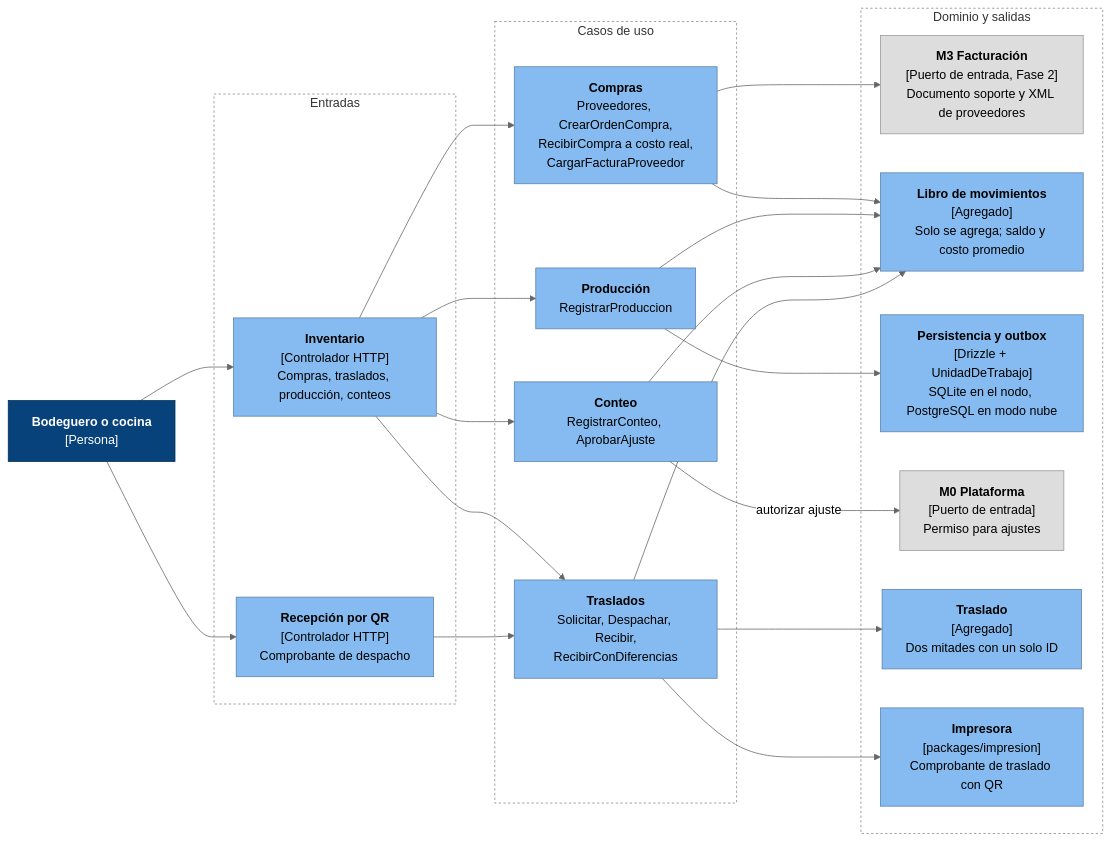
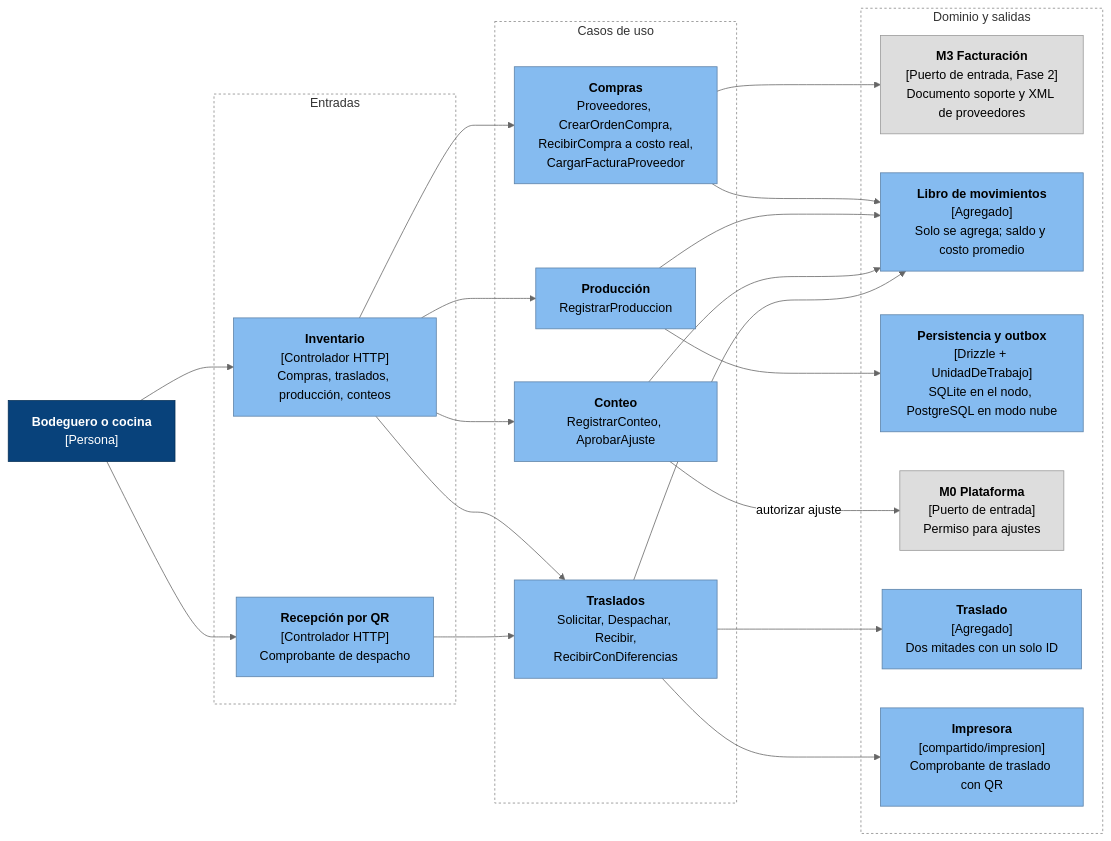
One commit to CesarJOtizM/blackHole changed the first of 3 diagrams in docs/arquitectura/componentes/c4-m4-inventario.md. Above: the diagram before and after it, drawn with Mermaid (neutral theme). The commit also changed other lines of this file and 23 other files, not shown here.

````diff
--- a/docs/arquitectura/componentes/c4-m4-inventario.md
+++ b/docs/arquitectura/componentes/c4-m4-inventario.md
@@ -18,51 +18,51 @@
 ```mermaid
 flowchart LR
   BOD["<b>Bodeguero o cocina</b><br/>[Persona]"]:::persona
 
   subgraph Entradas["Entradas"]
     HTTP["<b>Inventario</b><br/>[Controlador HTTP]<br/>Compras, traslados, producción, conteos"]:::componente
     QRT["<b>Recepción por QR</b><br/>[Controlador HTTP]<br/>Comprobante de despacho"]:::componente
   end
 
   subgraph Aplicacion["Casos de uso"]
     UC_COM["<b>Compras</b><br/>Proveedores, CrearOrdenCompra,<br/>RecibirCompra a costo real,<br/>CargarFacturaProveedor"]:::componente
     UC_PRO["<b>Producción</b><br/>RegistrarProduccion"]:::componente
     UC_CON["<b>Conteo</b><br/>RegistrarConteo, AprobarAjuste"]:::componente
     UC_TRA["<b>Traslados</b><br/>Solicitar, Despachar, Recibir,<br/>RecibirConDiferencias"]:::componente
   end
 
   subgraph Salida["Dominio y salidas"]
     M3["<b>M3 Facturación</b><br/>[Puerto de entrada, Fase 2]<br/>Documento soporte y XML de proveedores"]:::modulo
     D_LIB["<b>Libro de movimientos</b><br/>[Agregado]<br/>Solo se agrega; saldo y costo promedio"]:::componente
     REPO["<b>Persistencia y outbox</b><br/>[Drizzle + UnidadDeTrabajo]<br/>SQLite en el nodo, PostgreSQL en modo nube"]:::componente
     M0["<b>M0 Plataforma</b><br/>[Puerto de entrada]<br/>Permiso para ajustes"]:::modulo
     D_TRA["<b>Traslado</b><br/>[Agregado]<br/>Dos mitades con un solo ID"]:::componente
-    IMPR["<b>Impresora</b><br/>[packages/impresion]<br/>Comprobante de traslado con QR"]:::componente
+    IMPR["<b>Impresora</b><br/>[compartido/impresion]<br/>Comprobante de traslado con QR"]:::componente
   end
 
   BOD --> HTTP
   BOD --> QRT
 
   HTTP --> UC_COM
   HTTP --> UC_PRO
   HTTP --> UC_CON
   HTTP --> UC_TRA
   QRT --> UC_TRA
 
   UC_COM --> M3
   UC_COM --> D_LIB
   UC_PRO --> D_LIB
   UC_CON --> D_LIB
   UC_TRA --> D_LIB
   UC_PRO --> REPO
   UC_CON -- "autorizar ajuste" --> M0
   UC_TRA --> D_TRA
   UC_TRA --> IMPR
 
   classDef persona fill:#08427b,stroke:#052e56,color:#fff
   classDef componente fill:#85bbf0,stroke:#5d82a8,color:#000
   classDef modulo fill:#dddddd,stroke:#999999,color:#000
   style Entradas fill:none,stroke:#888,stroke-dasharray: 3 3
   style Aplicacion fill:none,stroke:#888,stroke-dasharray: 3 3
   style Salida fill:none,stroke:#888,stroke-dasharray: 3 3
 ```
````
